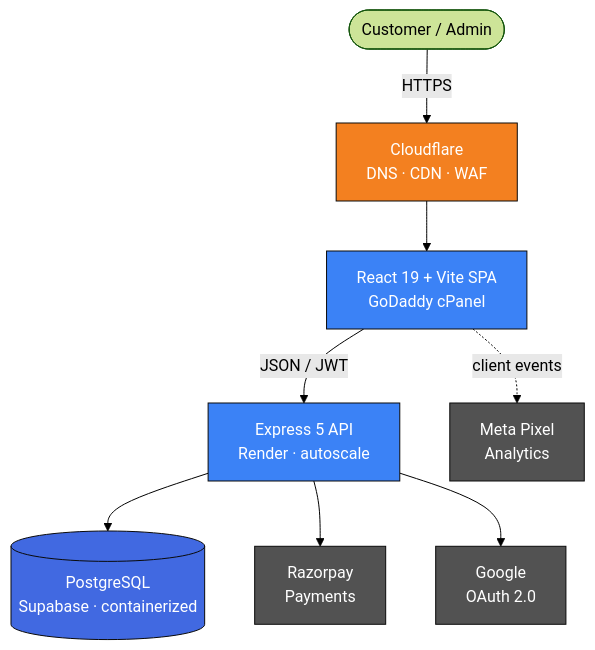
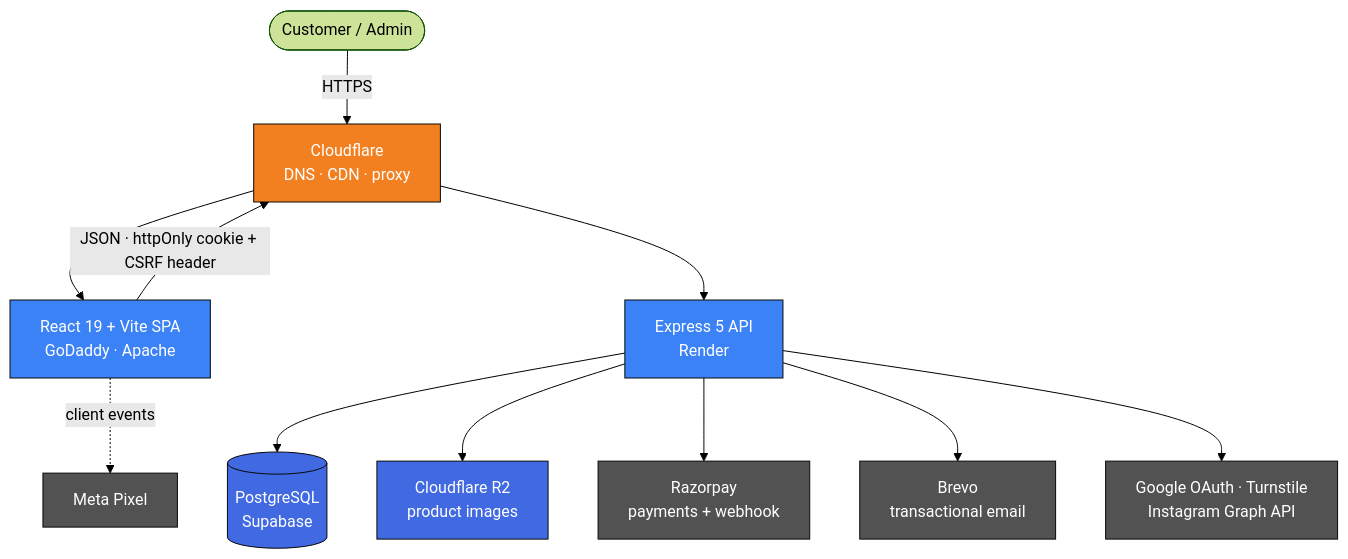
One commit to morningstar0521/Nakhrali-Luxury changed the diagram in README.md. Above: the diagram before and after it, drawn with Mermaid (forest theme). The commit also changed other lines of this file, not shown here.

Commit message:
docs: update README with architecture details, security hardening, and engineering practices

````diff
--- a/README.md
+++ b/README.md
@@ -159,28 +185,33 @@
 ```mermaid
 flowchart TB
     user([Customer / Admin])
-    cf[Cloudflare<br/>DNS · CDN · WAF]
-    fe[React 19 + Vite SPA<br/>GoDaddy cPanel]
-    be[Express 5 API<br/>Render · autoscale]
-    db[(PostgreSQL<br/>Supabase · containerized)]
-    rzp[Razorpay<br/>Payments]
-    gauth[Google<br/>OAuth 2.0]
-    meta[Meta Pixel<br/>Analytics]
+    cf[Cloudflare<br/>DNS · CDN · proxy]
+    fe[React 19 + Vite SPA<br/>GoDaddy · Apache]
+    be[Express 5 API<br/>Render]
+    db[(PostgreSQL<br/>Supabase)]
+    r2[Cloudflare R2<br/>product images]
+    rzp[Razorpay<br/>payments + webhook]
+    mail[Brevo<br/>transactional email]
+    ext[Google OAuth · Turnstile<br/>Instagram Graph API]
+    meta[Meta Pixel]
 
     user -->|HTTPS| cf
     cf --> fe
-    fe -->|JSON / JWT| be
+    fe -->|JSON · httpOnly cookie + CSRF header| cf
+    cf --> be
     be --> db
+    be --> r2
     be --> rzp
-    be --> gauth
+    be --> mail
+    be --> ext
     fe -.->|client events| meta
 
     classDef edge fill:#f38020,stroke:#0a0a0a,color:#fff;
     classDef app fill:#3b82f6,stroke:#0a0a0a,color:#fff;
     classDef data fill:#4169e1,stroke:#0a0a0a,color:#fff;
-    classDef ext fill:#525252,stroke:#0a0a0a,color:#fff;
+    classDef extc fill:#525252,stroke:#0a0a0a,color:#fff;
     class cf edge;
     class fe,be app;
-    class db data;
-    class rzp,gauth,meta ext;
+    class db,r2 data;
+    class rzp,mail,ext,meta extc;
 ```
````
